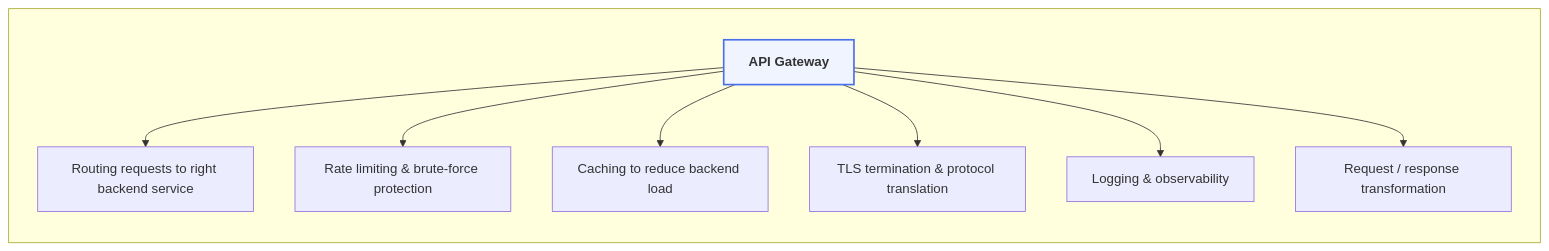
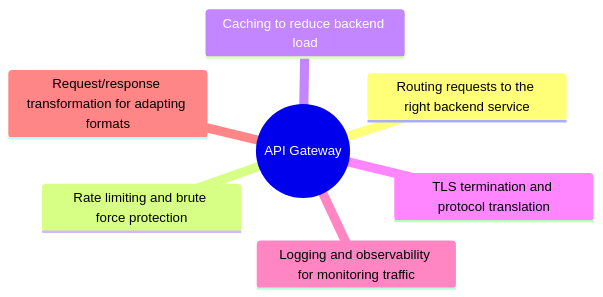
The diagram in Architecture/System_Design/System_Design.md (andrzejsydor/knowledge), drawn with Mermaid before and after one commit. The commit also changed other lines of this file, not shown here.

Commit message:
API Gateway

````diff
--- a/Architecture/System_Design/System_Design.md
+++ b/Architecture/System_Design/System_Design.md
@@ -22,15 +23,10 @@
 ```mermaid
-flowchart TD
-    A["API Gateway"]:::center
-    subgraph " "
-        direction TB
-        A --> B["Routing requests to right backend service"]
-        A --> C["Rate limiting & brute-force protection"]
-        A --> D["Caching to reduce backend load"]
-        A --> E["TLS termination & protocol translation"]
-        A --> F["Logging & observability"]
-        A --> G["Request / response transformation"]
-    end
-
-    classDef center fill:#f0f4ff,stroke:#4a6fea,stroke-width:2px,font-weight:bold;
+mindmap
+  root((API Gateway))
+    Routing requests to the right backend service
+    Rate limiting and brute force protection
+    Caching to reduce backend load
+    TLS termination and protocol translation
+    Logging and observability for monitoring traffic
+    Request/response transformation for adapting formats
 ```
````
